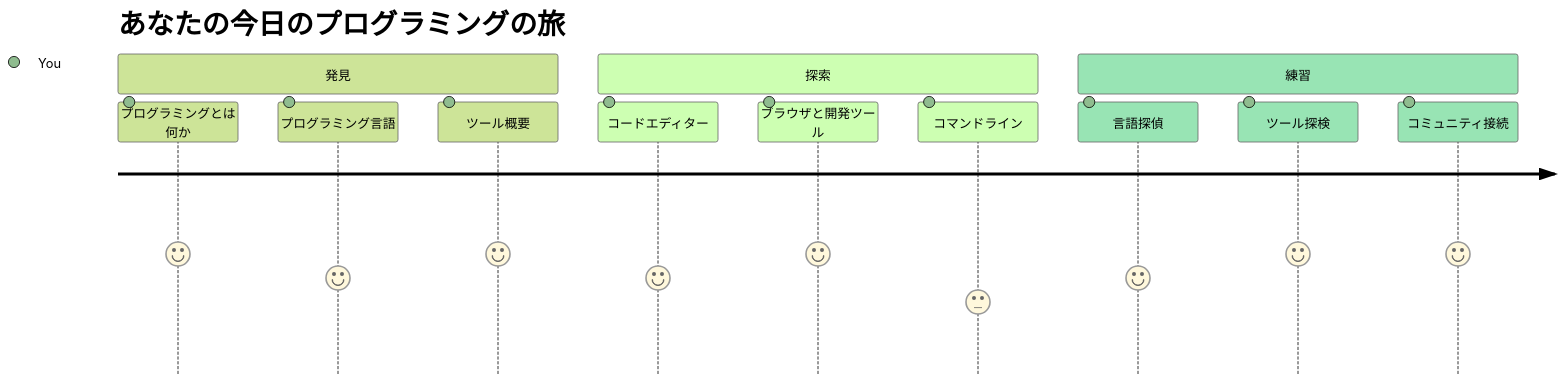
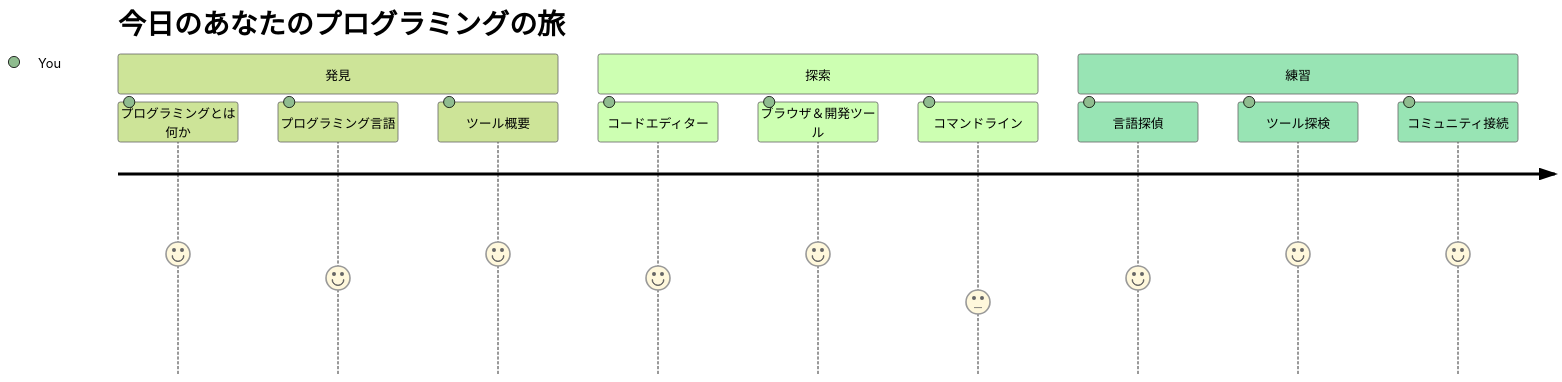
Before and after one commit to microsoft/Web-Dev-For-Beginners: the first of 7 diagrams in translations/ja/1-getting-started-lessons/1-intro-to-programming-languages/README.md, drawn with Mermaid (forest theme). The commit also changed other lines of this file and 8 other files, not shown here.

````diff
--- a/translations/ja/1-getting-started-lessons/1-intro-to-programming-languages/README.md
+++ b/translations/ja/1-getting-started-lessons/1-intro-to-programming-languages/README.md
@@ -14,16 +14,16 @@
 ```mermaid
 journey
-    title あなたの今日のプログラミングの旅
+    title 今日のあなたのプログラミングの旅
     section 発見
       プログラミングとは何か: 5: You
       プログラミング言語: 4: You
       ツール概要: 5: You
     section 探索
       コードエディター: 4: You
-      ブラウザと開発ツール: 5: You
+      ブラウザ＆開発ツール: 5: You
       コマンドライン: 3: You
     section 練習
       言語探偵: 4: You
       ツール探検: 5: You
       コミュニティ接続: 5: You
 ```
````
